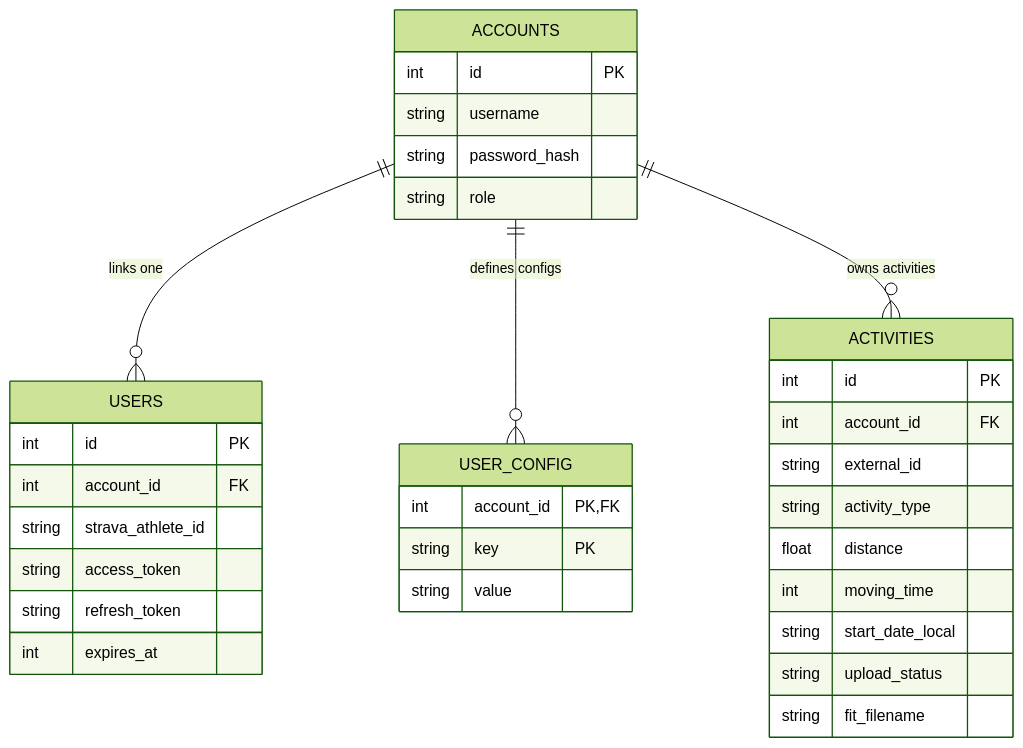
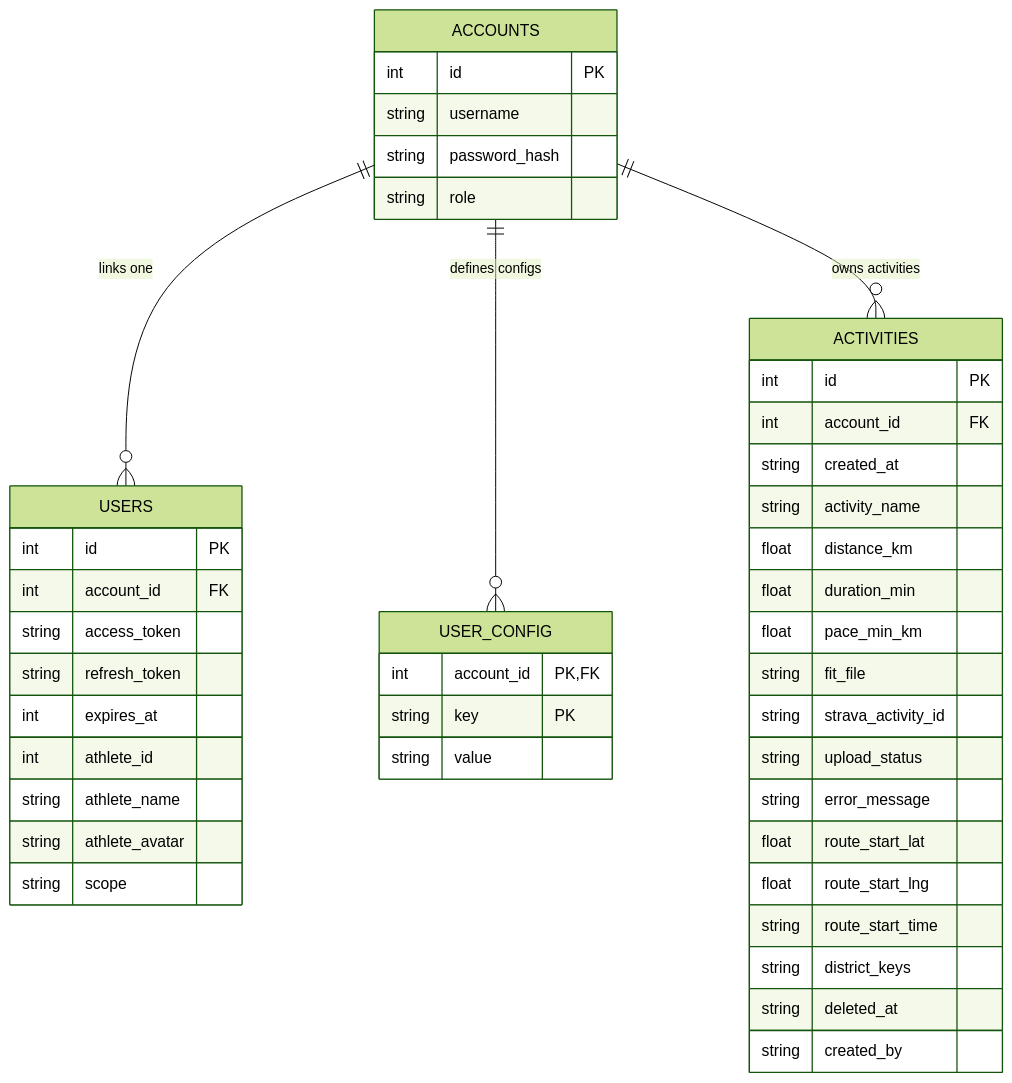
One commit to lucthienphong1120/StrAct-Z changed the second of 5 diagrams in docs/ARCHITECTURE.md. Above: the diagram before and after it, drawn with Mermaid (forest theme). The commit also changed other lines of this file, not shown here.

Commit message:
docs: fix mermaid syntax and align ER diagram with database columns in ARCHITECTURE.md

````diff
--- a/docs/ARCHITECTURE.md
+++ b/docs/ARCHITECTURE.md
@@ -55,37 +55,48 @@
 ```mermaid
 erDiagram
     ACCOUNTS ||--o{ USERS : "links one"
     ACCOUNTS ||--o{ USER_CONFIG : "defines configs"
     ACCOUNTS ||--o{ ACTIVITIES : "owns activities"
     
     ACCOUNTS {
         int id PK
         string username
         string password_hash
         string role
     }
     USERS {
         int id PK
         int account_id FK
-        string strava_athlete_id
         string access_token
         string refresh_token
         int expires_at
+        int athlete_id
+        string athlete_name
+        string athlete_avatar
+        string scope
     }
     USER_CONFIG {
         int account_id PK, FK
         string key PK
         string value
     }
     ACTIVITIES {
         int id PK
         int account_id FK
-        string external_id
-        string activity_type
-        float distance
-        int moving_time
-        string start_date_local
+        string created_at
+        string activity_name
+        float distance_km
+        float duration_min
+        float pace_min_km
+        string fit_file
+        string strava_activity_id
         string upload_status
-        string fit_filename
+        string error_message
+        float route_start_lat
+        float route_start_lng
+        string route_start_time
+        string district_keys
+        string deleted_at
+        string created_by
     }
 ```
````
